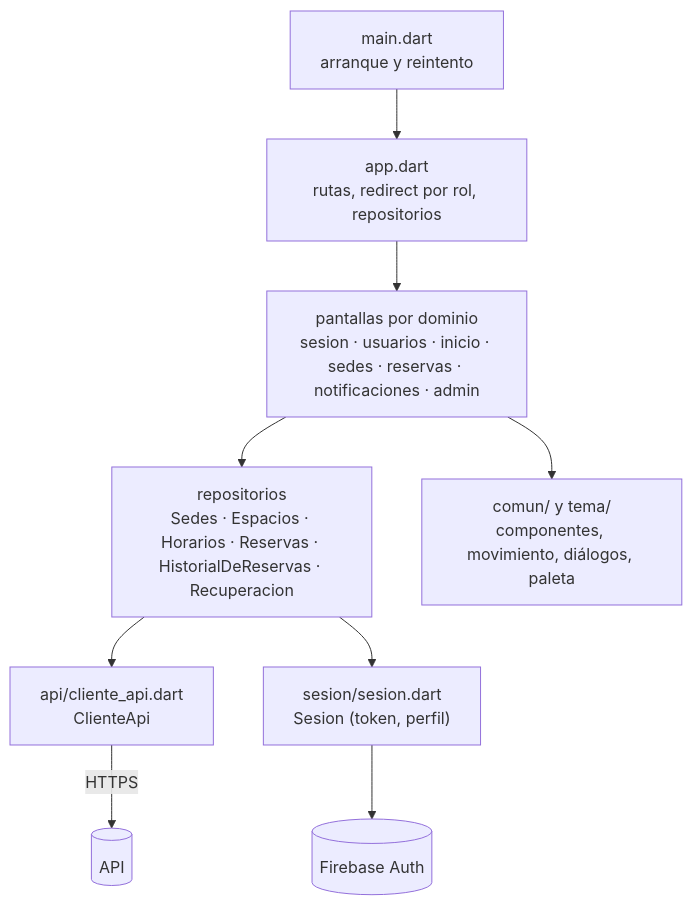
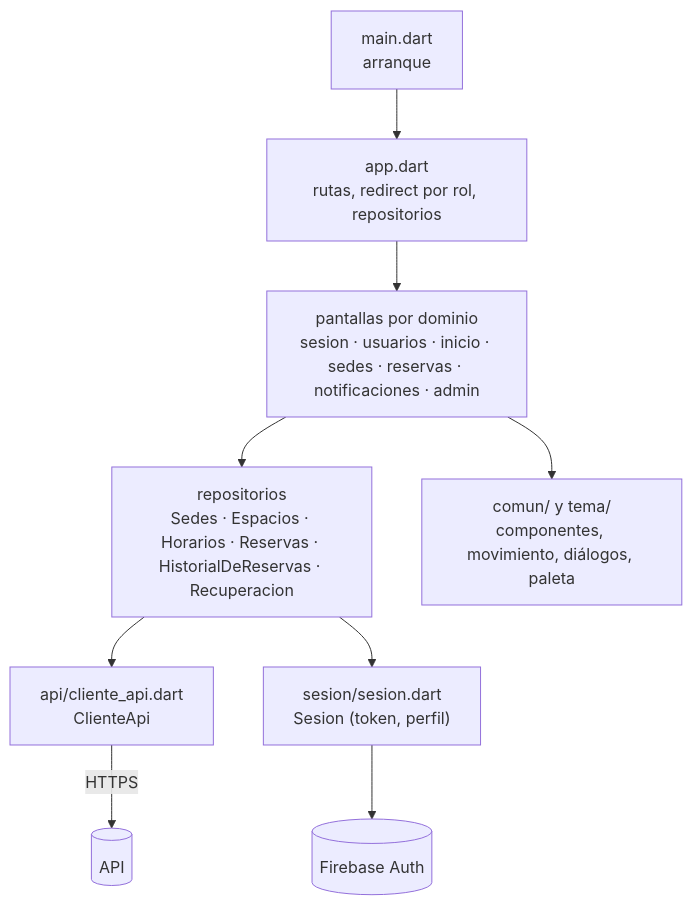
One commit to NahuelMosse/ClubNahuelMosse changed the sixth of 7 diagrams in docs/technical/arquitectura.md. Above: the diagram before and after it, drawn with Mermaid. The commit also changed other lines of this file and 2 other files, not shown here.

````diff
--- a/docs/technical/arquitectura.md
+++ b/docs/technical/arquitectura.md
@@ -226,11 +211,11 @@
 ```mermaid
 flowchart TB
-  main["main.dart<br/>arranque y reintento"] --> app["app.dart<br/>rutas, redirect por rol, repositorios"]
+  main["main.dart<br/>arranque"] --> app["app.dart<br/>rutas, redirect por rol, repositorios"]
   app --> pantallas["pantallas por dominio<br/>sesion · usuarios · inicio · sedes · reservas · notificaciones · admin"]
   pantallas --> repos["repositorios<br/>Sedes · Espacios · Horarios · Reservas · HistorialDeReservas · Recuperacion"]
   pantallas --> comun["comun/ y tema/<br/>componentes, movimiento, diálogos, paleta"]
   repos --> cliente["api/cliente_api.dart<br/>ClienteApi"]
   repos --> sesion["sesion/sesion.dart<br/>Sesion (token, perfil)"]
   cliente -->|HTTPS| API[(API)]
   sesion --> FB[(Firebase Auth)]
 ```
````
